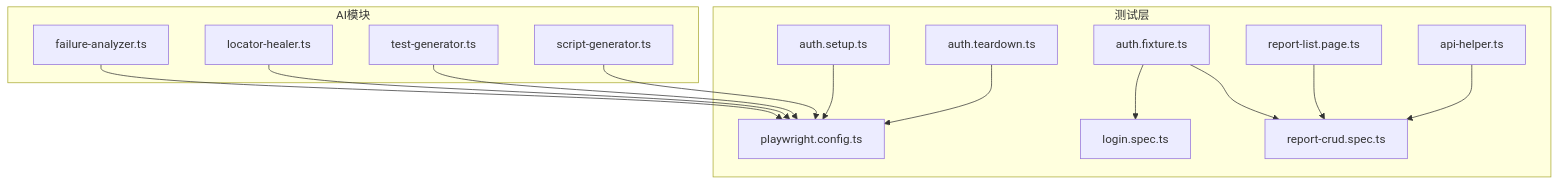
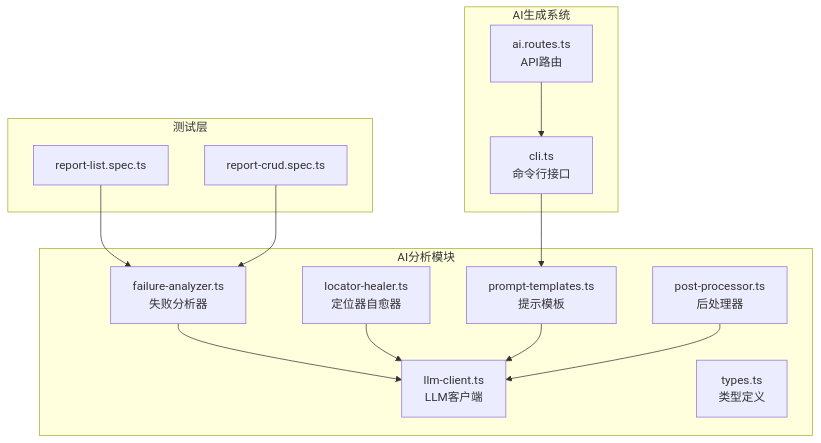
Before and after one commit to zzgoviziwind/--playwright: the first of 6 diagrams in .qoder/repowiki/zh/content/AI测试生成系统/AI失败分析工具.md, drawn with Mermaid. The commit also changed other lines of this file and 112 other files, not shown here.

````diff
--- a/.qoder/repowiki/zh/content/AI测试生成系统/AI失败分析工具.md
+++ b/.qoder/repowiki/zh/content/AI测试生成系统/AI失败分析工具.md
@@ -50,29 +60,27 @@
 ```mermaid
 graph TB
-subgraph "AI模块"
-FA["failure-analyzer.ts"]
-LH["locator-healer.ts"]
-TG["test-generator.ts"]
-SG["script-generator.ts"]
+subgraph "AI分析模块"
+FA["failure-analyzer.ts<br/>失败分析器"]
+LH["locator-healer.ts<br/>定位器自愈器"]
+LLM["llm-client.ts<br/>LLM客户端"]
+PT["prompt-templates.ts<br/>提示模板"]
+PP["post-processor.ts<br/>后处理器"]
+TY["types.ts<br/>类型定义"]
+end
+subgraph "AI生成系统"
+CLI["cli.ts<br/>命令行接口"]
+AR["ai.routes.ts<br/>API路由"]
 end
 subgraph "测试层"
-CFG["playwright.config.ts"]
-FIX["auth.fixture.ts"]
-SETUP["auth.setup.ts"]
-TEARDOWN["auth.teardown.ts"]
-SPEC1["login.spec.ts"]
+SPEC1["report-list.spec.ts"]
 SPEC2["report-crud.spec.ts"]
-PAGE["report-list.page.ts"]
-UTIL["api-helper.ts"]
 end
-FA --> CFG
-LH --> CFG
-TG --> CFG
-SG --> CFG
-FIX --> SPEC1
-FIX --> SPEC2
-PAGE --> SPEC2
-UTIL --> SPEC2
-SETUP --> CFG
-TEARDOWN --> CFG
+FA --> LLM
+LH --> LLM
+PT --> LLM
+PP --> LLM
+CLI --> PT
+AR --> CLI
+SPEC1 --> FA
+SPEC2 --> FA
 ```
````
